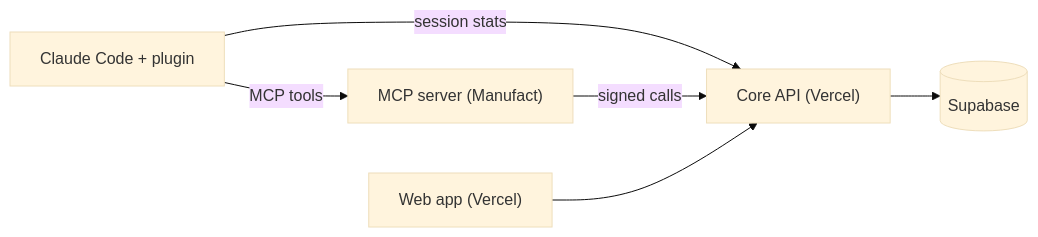
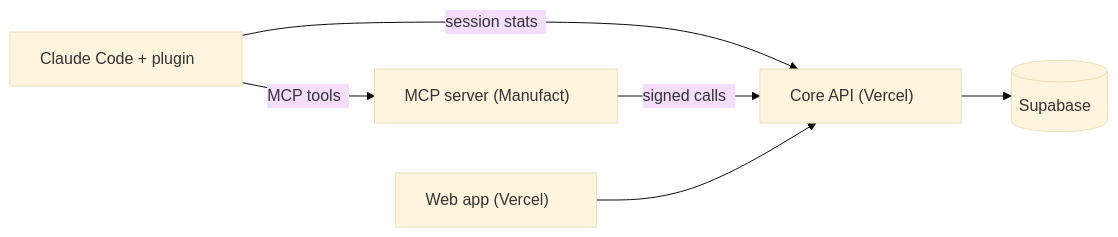
One commit to thomas-jichen/Y changed the diagram in README.md. Above: the diagram before and after it, drawn with Mermaid (base theme).

Commit message:
Pad README diagram labels; GitHub's renderer clips the last few characters

````diff
--- a/README.md
+++ b/README.md
@@ -72,8 +72,8 @@
 ```mermaid
 flowchart LR
-  CC["Claude Code + plugin"] -- "session stats" --> CORE
-  CC -- "MCP tools" --> MCP["MCP server (Manufact)"]
-  MCP -- "signed calls" --> CORE["Core API (Vercel)"]
-  WEB["Web app (Vercel)"] --> CORE
-  CORE --> DB[("Supabase")]
+  CC["Claude Code + plugin&nbsp;&nbsp;&nbsp;&nbsp;"] -- "session stats&nbsp;&nbsp;" --> CORE
+  CC -- "MCP tools&nbsp;&nbsp;" --> MCP["MCP server (Manufact)&nbsp;&nbsp;&nbsp;&nbsp;"]
+  MCP -- "signed calls&nbsp;&nbsp;" --> CORE["Core API (Vercel)&nbsp;&nbsp;&nbsp;&nbsp;"]
+  WEB["Web app (Vercel)&nbsp;&nbsp;&nbsp;&nbsp;"] --> CORE
+  CORE --> DB[("Supabase&nbsp;&nbsp;")]
 ```
````
